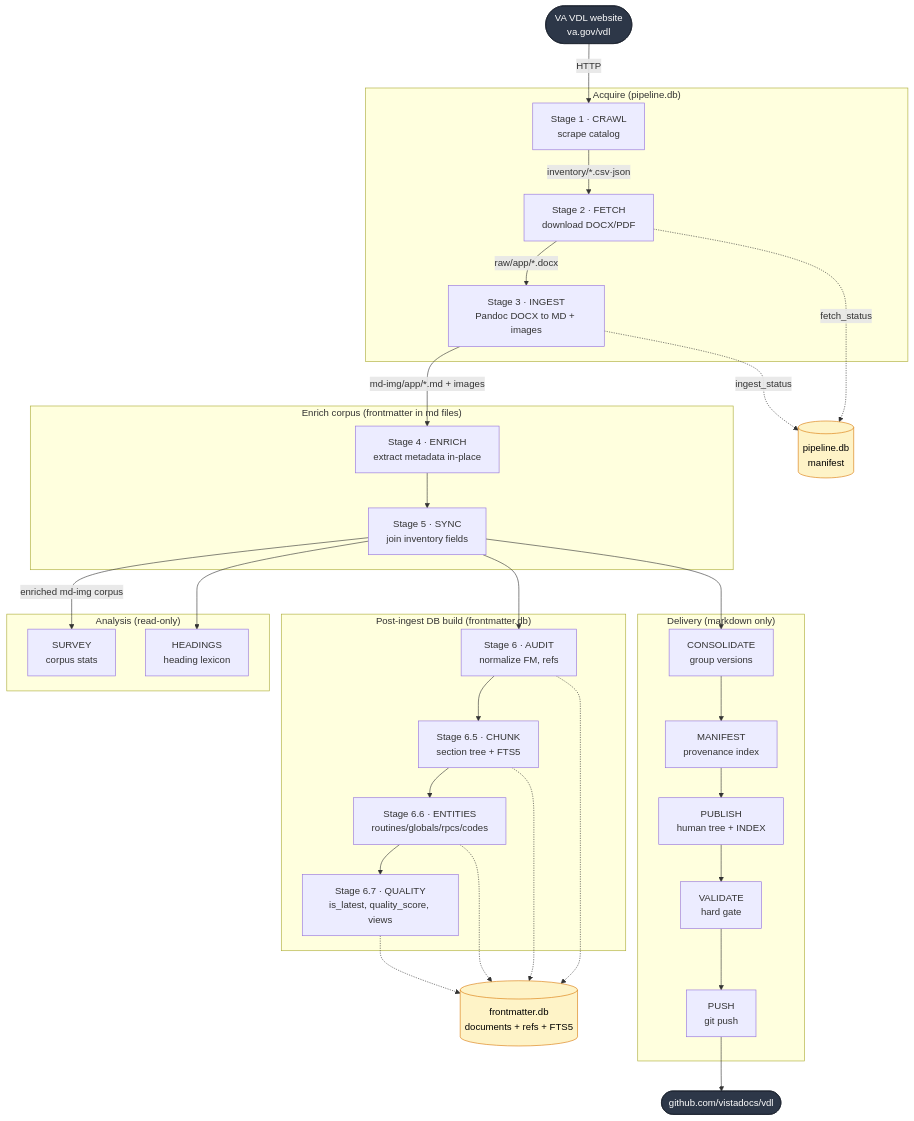
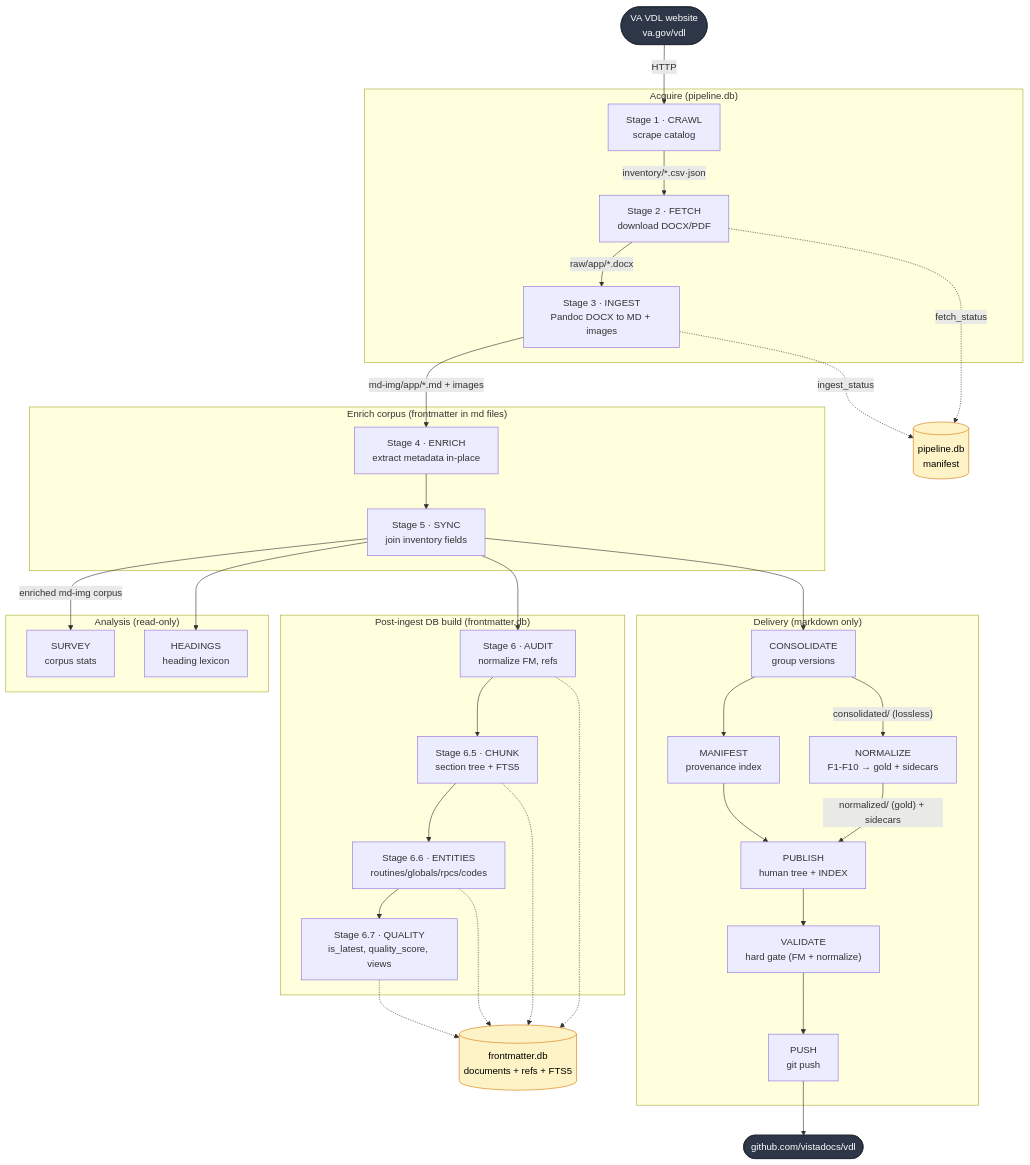
The diagram in docs/vdl-arch-overview.md (rafael5/vista-docs), drawn with Mermaid before and after one commit. The commit also changed other lines of this file and 1 other file, not shown here.

First line of the commit message:
docs: add normalize stage (9.5) to vdl-arch-overview (P9)

````diff
--- a/docs/vdl-arch-overview.md
+++ b/docs/vdl-arch-overview.md
@@ -36,62 +39,64 @@
 ```mermaid
 flowchart TD
     VDL([VA VDL website<br/>va.gov/vdl]):::ext
 
     subgraph ACQUIRE["Acquire (pipeline.db)"]
         S1["Stage 1 · CRAWL<br/>scrape catalog"]
         S2["Stage 2 · FETCH<br/>download DOCX/PDF"]
         S3["Stage 3 · INGEST<br/>Pandoc DOCX to MD + images"]
     end
 
     subgraph ENRICHGRP["Enrich corpus (frontmatter in md files)"]
         S4["Stage 4 · ENRICH<br/>extract metadata in-place"]
         S5["Stage 5 · SYNC<br/>join inventory fields"]
     end
 
     subgraph ANALYZE["Analysis (read-only)"]
         SUR["SURVEY<br/>corpus stats"]
         HEAD["HEADINGS<br/>heading lexicon"]
     end
 
     subgraph DBBUILD["Post-ingest DB build (frontmatter.db)"]
         S6["Stage 6 · AUDIT<br/>normalize FM, refs"]
         S65["Stage 6.5 · CHUNK<br/>section tree + FTS5"]
         S66["Stage 6.6 · ENTITIES<br/>routines/globals/rpcs/codes"]
         S67["Stage 6.7 · QUALITY<br/>is_latest, quality_score, views"]
     end
 
     subgraph DELIVER["Delivery (markdown only)"]
         CON["CONSOLIDATE<br/>group versions"]
         MAN["MANIFEST<br/>provenance index"]
+        NORM["NORMALIZE<br/>F1-F10 → gold + sidecars"]
         PUB["PUBLISH<br/>human tree + INDEX"]
-        VAL["VALIDATE<br/>hard gate"]
+        VAL["VALIDATE<br/>hard gate (FM + normalize)"]
         PUSH["PUSH<br/>git push"]
     end
 
     GH([github.com/vistadocs/vdl]):::ext
 
     VDL -->|HTTP| S1
     S1 -->|"inventory/*.csv·json"| S2
     S2 -->|"raw/app/*.docx"| S3
     S3 -->|"md-img/app/*.md + images"| S4
     S4 --> S5
 
     S5 -->|"enriched md-img corpus"| SUR
     S5 --> HEAD
     S5 --> S6
     S6 --> S65 --> S66 --> S67
 
     S5 --> CON --> MAN --> PUB --> VAL --> PUSH --> GH
+    CON -->|"consolidated/ (lossless)"| NORM -->|"normalized/ (gold) + sidecars"| PUB
 
     PL[("pipeline.db<br/>manifest")]:::db
     FM[("frontmatter.db<br/>documents + refs + FTS5")]:::db
     S2 -.fetch_status.-> PL
     S3 -.ingest_status.-> PL
     S6 -.-> FM
     S65 -.-> FM
     S66 -.-> FM
     S67 -.-> FM
 
     classDef ext fill:#2d3748,color:#fff,stroke:#1a202c;
     classDef db fill:#fef3c7,color:#000,stroke:#d97706;
 ```
````
